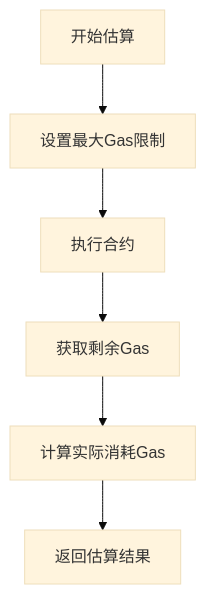
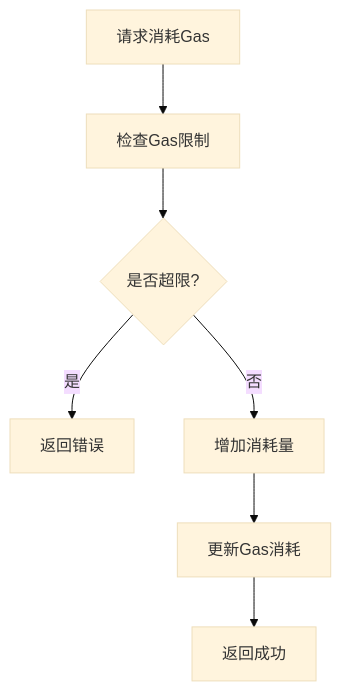
One commit to lengzhao/vm changed the second of 3 diagrams in docs/detailed_design/gas_metering_detailed_design.md. Above: the diagram before and after it, drawn with Mermaid (base theme). The commit also changed other lines of this file and 11 other files, not shown here.

````diff
--- a/docs/detailed_design/gas_metering_detailed_design.md
+++ b/docs/detailed_design/gas_metering_detailed_design.md
@@ -122,8 +60,9 @@
 ```mermaid
 graph TD
-A[开始估算] --> B[设置最大Gas限制]
-B --> C[执行合约]
-C --> D[获取剩余Gas]
-D --> E[计算实际消耗Gas]
-E --> F[返回估算结果]
+A[请求消耗Gas] --> B[检查Gas限制]
+B --> C{是否超限?}
+C --> |是| D[返回错误]
+C --> |否| E[增加消耗量]
+E --> F[更新Gas消耗]
+F --> G[返回成功]
 ```
````
